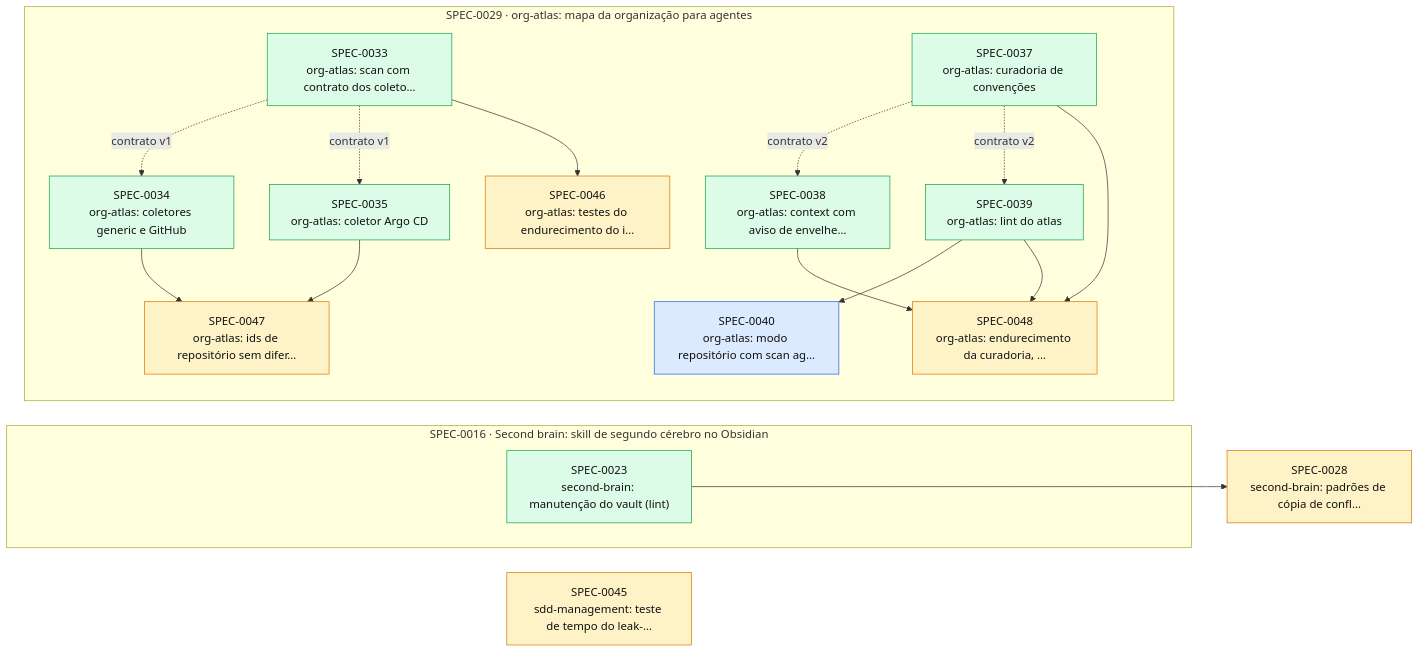
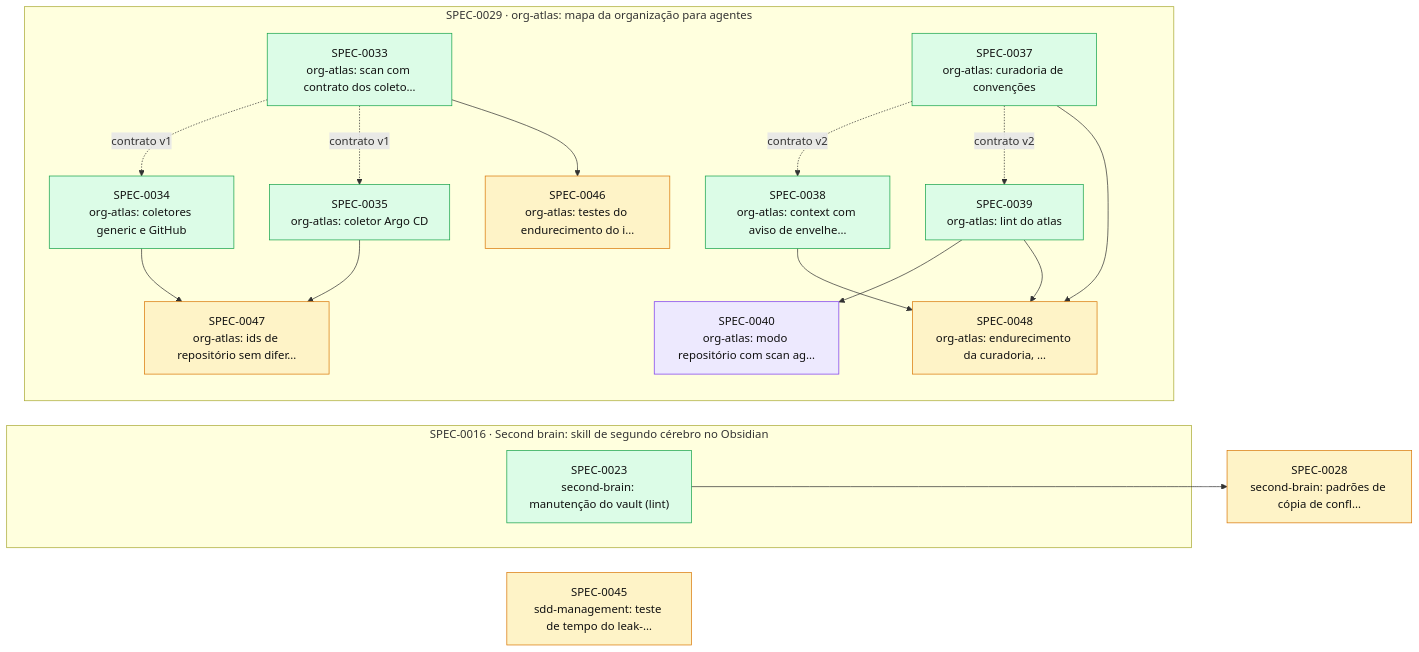
Before and after one commit to thomasravache/ai-dev-brain: the diagram in docs/specs/INDEX.md, drawn with Mermaid. The commit also changed other lines of this file and 1 other file, not shown here.

First line of the commit message:
docs(specs): SPEC-0040 em execução

````diff
--- a/docs/specs/INDEX.md
+++ b/docs/specs/INDEX.md
@@ -53,37 +53,37 @@
 ```mermaid
 flowchart LR
   S0028["SPEC-0028<br/>second-brain: padrões de cópia de confl…"]:::proposed
   S0045["SPEC-0045<br/>sdd-management: teste de tempo do leak-…"]:::proposed
   subgraph E0016["SPEC-0016 · Second brain: skill de segundo cérebro no Obsidian"]
     S0023["SPEC-0023<br/>second-brain: manutenção do vault (lint)"]:::implemented
   end
   subgraph E0029["SPEC-0029 · org-atlas: mapa da organização para agentes"]
     S0033["SPEC-0033<br/>org-atlas: scan com contrato dos coleto…"]:::implemented
     S0034["SPEC-0034<br/>org-atlas: coletores generic e GitHub"]:::implemented
     S0035["SPEC-0035<br/>org-atlas: coletor Argo CD"]:::implemented
     S0037["SPEC-0037<br/>org-atlas: curadoria de convenções"]:::implemented
     S0038["SPEC-0038<br/>org-atlas: context com aviso de envelhe…"]:::implemented
     S0039["SPEC-0039<br/>org-atlas: lint do atlas"]:::implemented
-    S0040["SPEC-0040<br/>org-atlas: modo repositório com scan ag…"]:::approved
+    S0040["SPEC-0040<br/>org-atlas: modo repositório com scan ag…"]:::inprogress
     S0046["SPEC-0046<br/>org-atlas: testes do endurecimento do i…"]:::proposed
     S0047["SPEC-0047<br/>org-atlas: ids de repositório sem difer…"]:::proposed
     S0048["SPEC-0048<br/>org-atlas: endurecimento da curadoria, …"]:::proposed
   end
   S0023 --> S0028
   S0033 -. contrato v1 .-> S0034
   S0033 -. contrato v1 .-> S0035
   S0037 -. contrato v2 .-> S0038
   S0037 -. contrato v2 .-> S0039
   S0039 --> S0040
   S0033 --> S0046
   S0034 --> S0047
   S0035 --> S0047
   S0037 --> S0048
   S0038 --> S0048
   S0039 --> S0048
   classDef proposed fill:#fef3c7,stroke:#d97706,color:#111
   classDef approved fill:#dbeafe,stroke:#2563eb,color:#111
   classDef inprogress fill:#ede9fe,stroke:#7c3aed,color:#111
   classDef implemented fill:#dcfce7,stroke:#16a34a,color:#111
   classDef deprecated fill:#f3f4f6,stroke:#9ca3af,color:#6b7280
 ```
````
